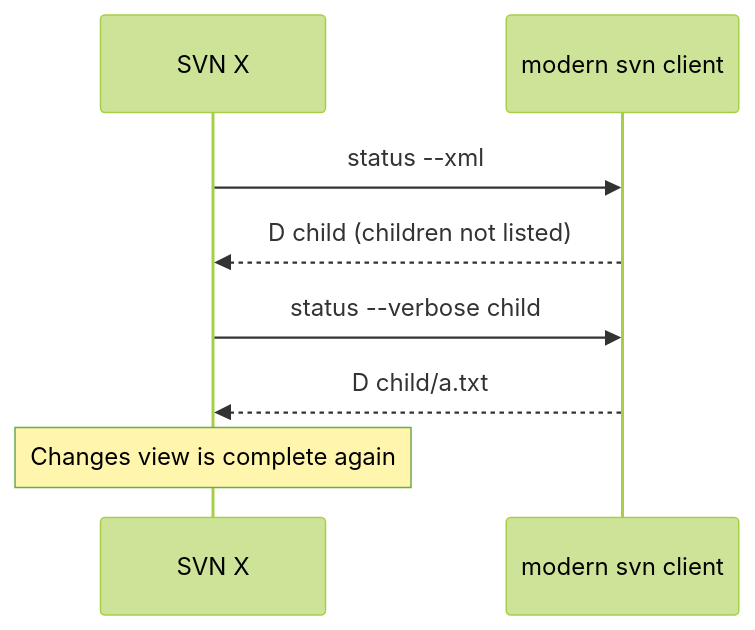
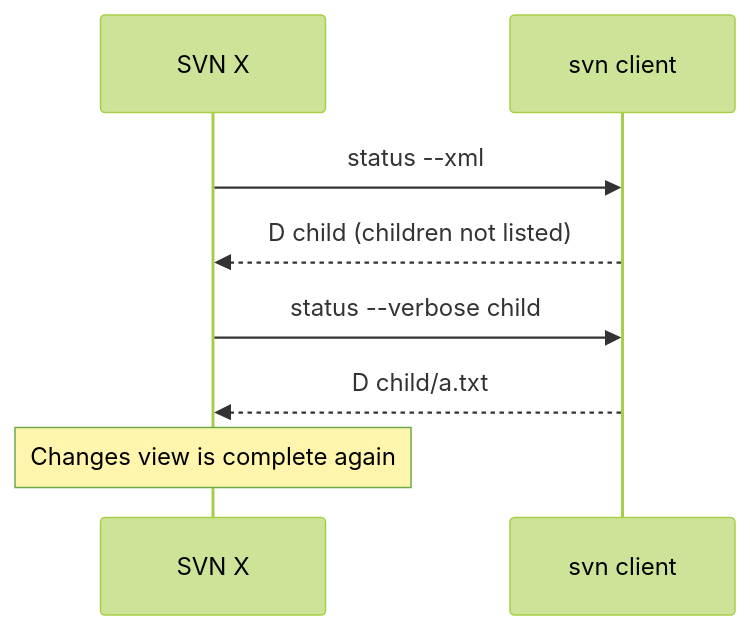
Before and after one commit to OussamaSiharde/svn-x: the second of 2 diagrams in README.md, drawn with Mermaid (forest theme). The commit also changed other lines of this file and 8 other files, not shown here.

````diff
--- a/README.md
+++ b/README.md
@@ -49,10 +49,10 @@
 ```mermaid
 sequenceDiagram
     participant P as SVN X
-    participant S as modern svn client
+    participant S as svn client
     P->>S: status --xml
     S-->>P: D child (children not listed)
     P->>S: status --verbose child
     S-->>P: D child/a.txt
     Note over P: Changes view is complete again
 ```
````
